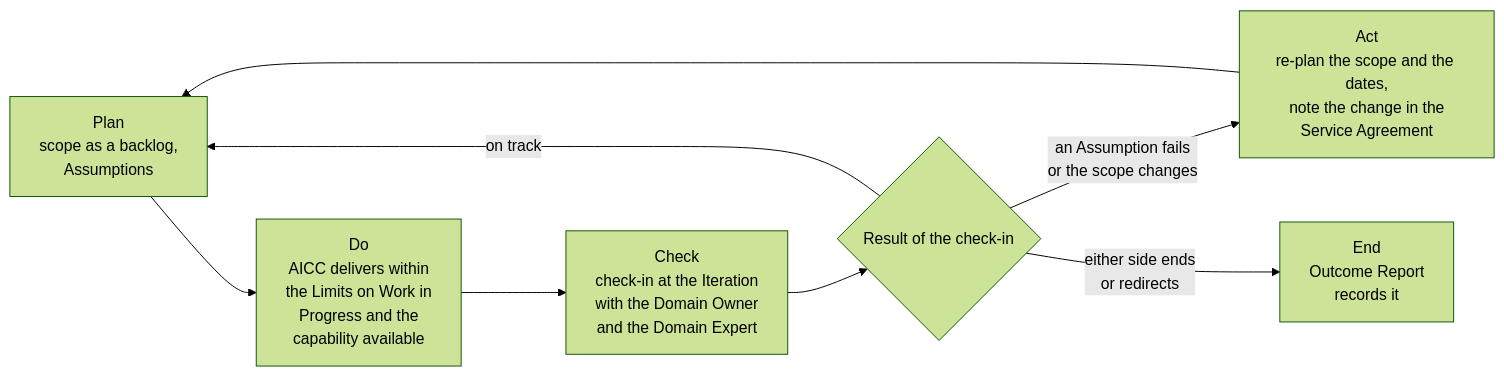
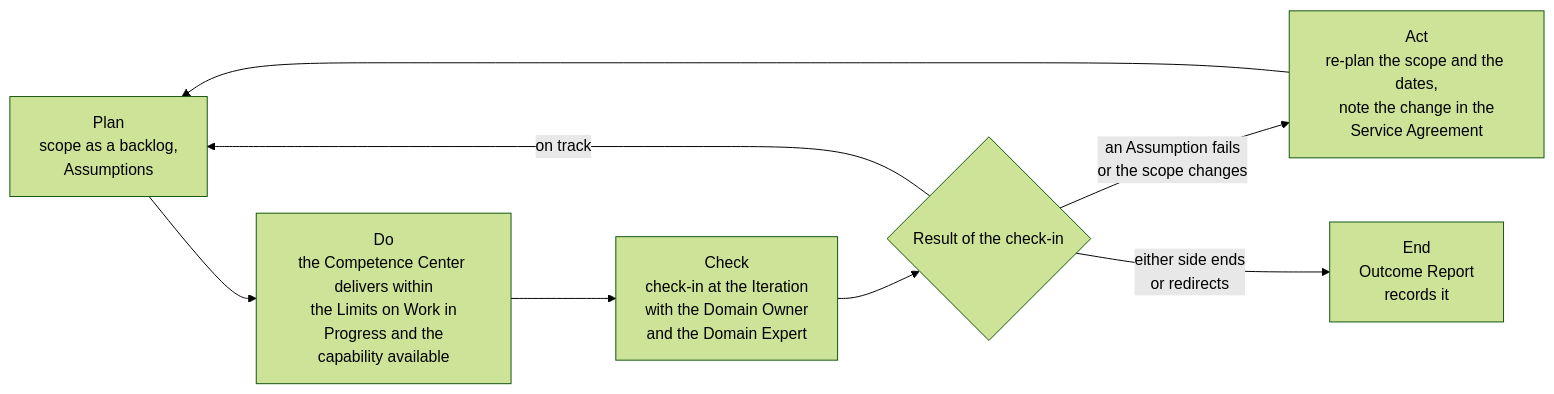
Before and after one commit to devhogu/ob-aicc: the third of 4 diagrams in charter/en/guides/engagement-guide.md, drawn with Mermaid (forest theme). The commit also changed other lines of this file and 1149 other files, not shown here.

First line of the commit message:
The name Competence Center: AICC stays only as a code (DR-2026-066)

````diff
--- a/charter/en/guides/engagement-guide.md
+++ b/charter/en/guides/engagement-guide.md
@@ -82,10 +82,10 @@
 ```mermaid
 flowchart LR
-  PL["Plan<br/>scope as a backlog,<br/>Assumptions"] --> DO["Do<br/>AICC delivers within<br/>the Limits on Work in<br/>Progress and the<br/>capability available"]
+  PL["Plan<br/>scope as a backlog,<br/>Assumptions"] --> DO["Do<br/>the Competence Center delivers within<br/>the Limits on Work in<br/>Progress and the<br/>capability available"]
   DO --> CH["Check<br/>check-in at the Iteration<br/>with the Domain Owner<br/>and the Domain Expert"]
   CH --> DEC{"Result of the check-in"}
   DEC -->|"on track"| PL
   DEC -->|"an Assumption fails<br/>or the scope changes"| AM["Act<br/>re-plan the scope and the dates,<br/>note the change in the<br/>Service Agreement"]
   AM --> PL
   DEC -->|"either side ends<br/>or redirects"| EN["End<br/>Outcome Report<br/>records it"]
 ```
````
